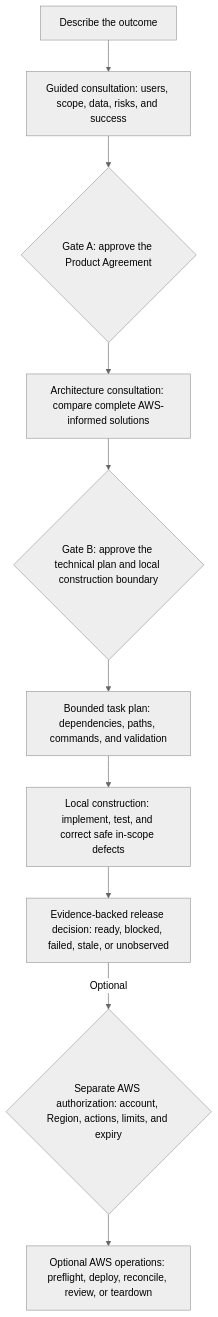
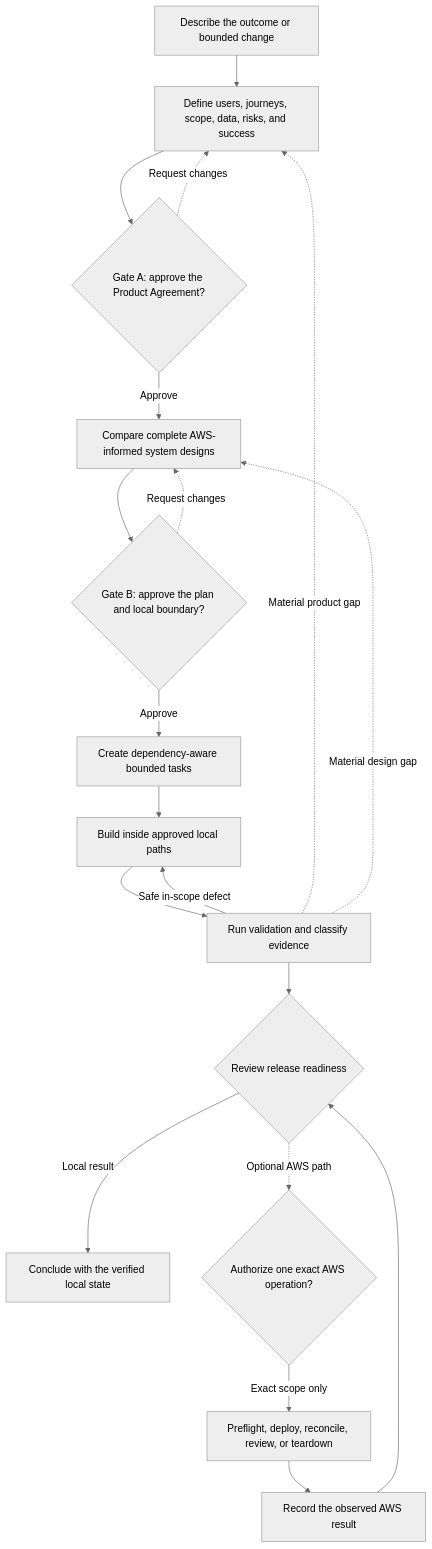
Before and after one commit to Levi-Breedlove/codex-aws-aidlc: the first of 2 diagrams in docs/WORKFLOW.md, drawn with Mermaid (neutral theme). The commit also changed other lines of this file and 8 other files, not shown here.

First line of the commit message:
docs: strengthen Fastlane documentation flow (#100)

````diff
--- a/docs/WORKFLOW.md
+++ b/docs/WORKFLOW.md
@@ -59,20 +59,36 @@
 ```mermaid
 flowchart TB
     accTitle: Fastlane customer delivery lifecycle
-    accDescr: The owner describes an outcome, approves requirements and the technical plan, Codex builds and validates locally, and AWS operations remain separately authorized.
+    accDescr: The owner approves product and technical boundaries. Fastlane plans, builds, and verifies locally; corrections return to the affected stage, and separately authorized AWS results return to release review.
 
-    IDEA["Describe the outcome"]
-    DEFINE["Guided consultation: users, scope, data, risks, and success"]
-    GATEA{"Gate A: approve the Product Agreement"}
-    DESIGN["Architecture consultation: compare complete AWS-informed solutions"]
-    GATEB{"Gate B: approve the technical plan and local construction boundary"}
-    TASKS["Bounded task plan: dependencies, paths, commands, and validation"]
-    BUILD["Local construction: implement, test, and correct safe in-scope defects"]
-    RELEASE["Evidence-backed release decision: ready, blocked, failed, stale, or unobserved"]
-    AWSAUTH{"Separate AWS authorization: account, Region, actions, limits, and expiry"}
-    AWSOPS["Optional AWS operations: preflight, deploy, reconcile, review, or teardown"]
+    IDEA["Describe the outcome or bounded change"]
+    DEFINE["Define users, journeys, scope, data, risks, and success"]
+    GATEA{"Gate A: approve the Product Agreement?"}
+    DESIGN["Compare complete AWS-informed system designs"]
+    GATEB{"Gate B: approve the plan and local boundary?"}
+    TASKS["Create dependency-aware bounded tasks"]
+    BUILD["Build inside approved local paths"]
+    VERIFY["Run validation and classify evidence"]
+    RELEASE{"Review release readiness"}
+    LOCAL["Conclude with the verified local state"]
+    AWSAUTH{"Authorize one exact AWS operation?"}
+    AWSOPS["Preflight, deploy, reconcile, review, or teardown"]
+    AWSRESULT["Record the observed AWS result"]
 
-    IDEA --> DEFINE --> GATEA --> DESIGN --> GATEB
-    GATEB --> TASKS --> BUILD --> RELEASE
-    RELEASE -->|"Optional"| AWSAUTH --> AWSOPS
+    IDEA --> DEFINE --> GATEA
+    GATEA -->|"Approve"| DESIGN
+    GATEA -. "Request changes" .-> DEFINE
+
+    DESIGN --> GATEB
+    GATEB -->|"Approve"| TASKS
+    GATEB -. "Request changes" .-> DESIGN
+
+    TASKS --> BUILD --> VERIFY --> RELEASE
+    VERIFY -->|"Safe in-scope defect"| BUILD
+    VERIFY -. "Material product gap" .-> DEFINE
+    VERIFY -. "Material design gap" .-> DESIGN
+
+    RELEASE -->|"Local result"| LOCAL
+    RELEASE -. "Optional AWS path" .-> AWSAUTH
+    AWSAUTH -->|"Exact scope only"| AWSOPS --> AWSRESULT --> RELEASE
 ```
````
